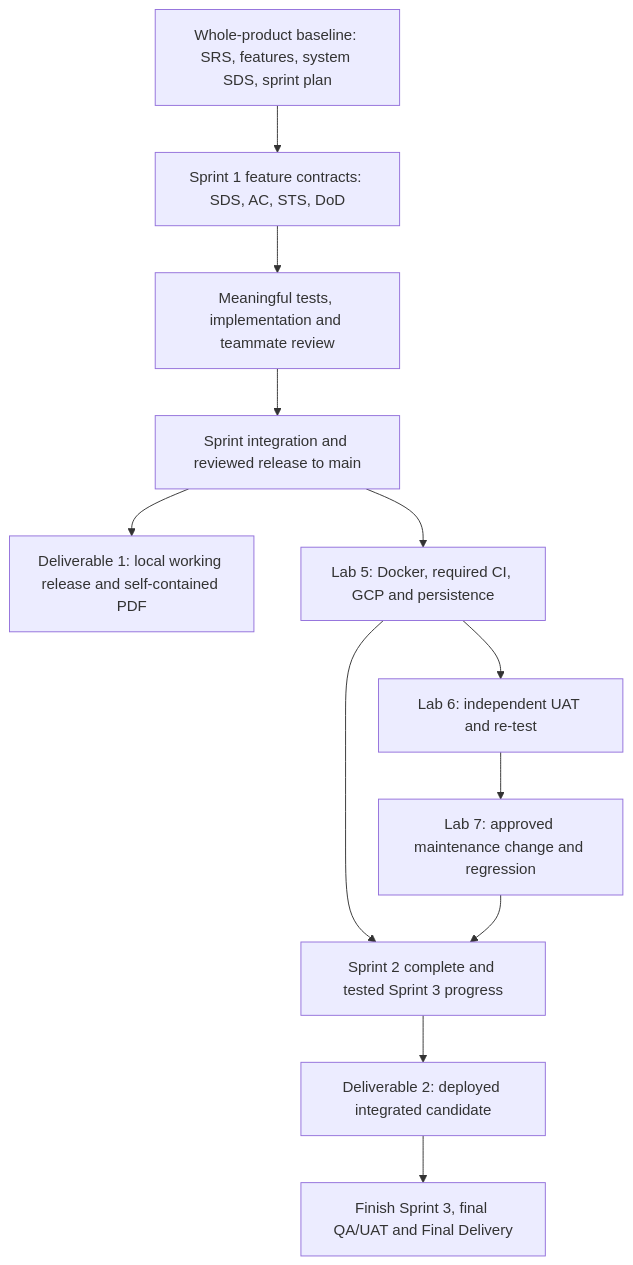
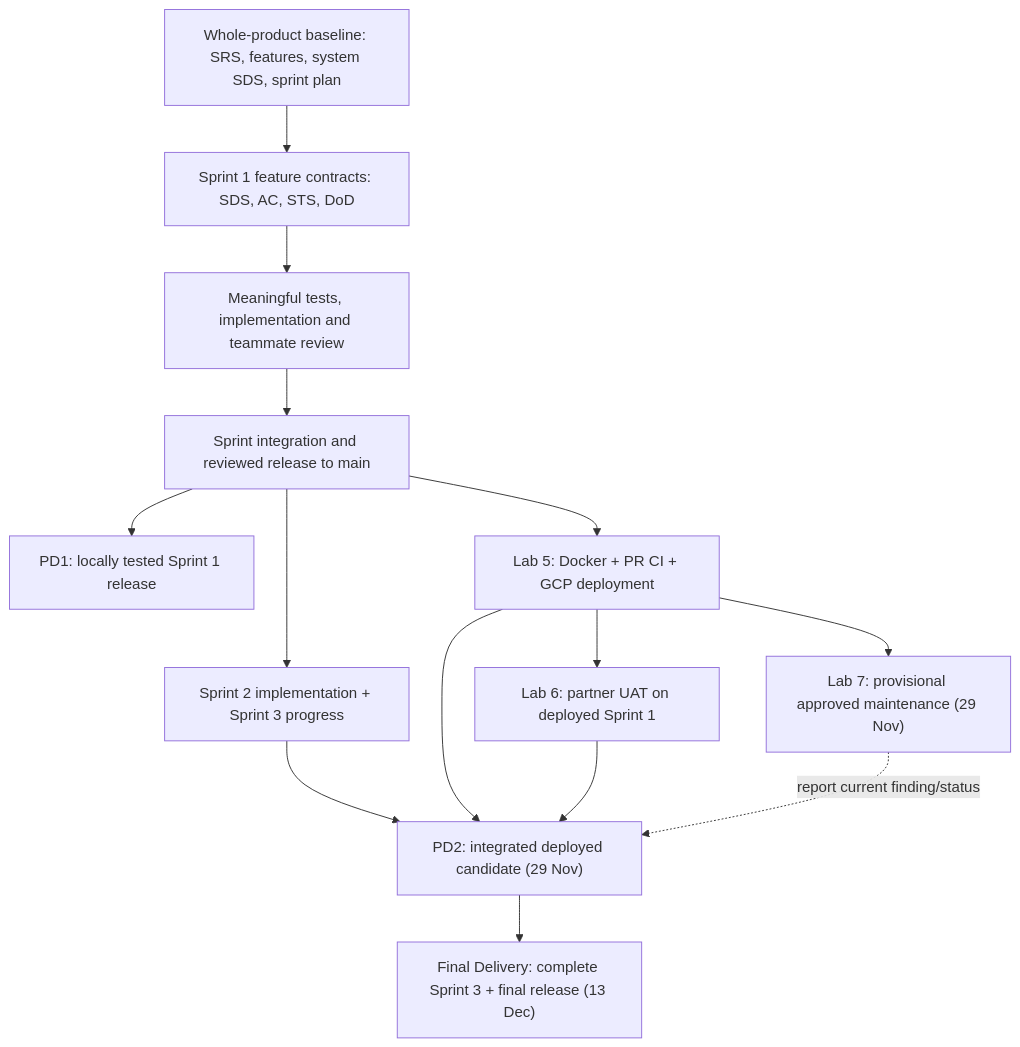
The diagram in project/README.md (Palapluem/cpe334-software-engineer-2026), drawn with Mermaid before and after one commit. The commit also changed other lines of this file and 1 other file, not shown here.

Commit message:
docs(project): clarify assessment sequence and roadmap

````diff
--- a/project/README.md
+++ b/project/README.md
@@ -40,14 +40,16 @@
 ```mermaid
 flowchart TD
   A["Whole-product baseline: SRS, features, system SDS, sprint plan"] --> B["Sprint 1 feature contracts: SDS, AC, STS, DoD"]
   B --> C["Meaningful tests, implementation and teammate review"]
   C --> D["Sprint integration and reviewed release to main"]
-  D --> E["Deliverable 1: local working release and self-contained PDF"]
-  D --> F["Lab 5: Docker, required CI, GCP and persistence"]
-  F --> G["Lab 6: independent UAT and re-test"]
-  G --> H["Lab 7: approved maintenance change and regression"]
-  F --> I["Sprint 2 complete and tested Sprint 3 progress"]
-  H --> I
-  I --> J["Deliverable 2: deployed integrated candidate"]
-  J --> K["Finish Sprint 3, final QA/UAT and Final Delivery"]
+  D --> E["PD1: locally tested Sprint 1 release"]
+  D --> F["Lab 5: Docker + PR CI + GCP deployment"]
+  D --> S["Sprint 2 implementation + Sprint 3 progress"]
+  F --> G["Lab 6: partner UAT on deployed Sprint 1"]
+  S --> P["PD2: integrated deployed candidate (29 Nov)"]
+  F --> P
+  G --> P
+  F --> H["Lab 7: provisional approved maintenance (29 Nov)"]
+  H -. "report current finding/status" .-> P
+  P --> K["Final Delivery: complete Sprint 3 + final release (13 Dec)"]
 ```
````
